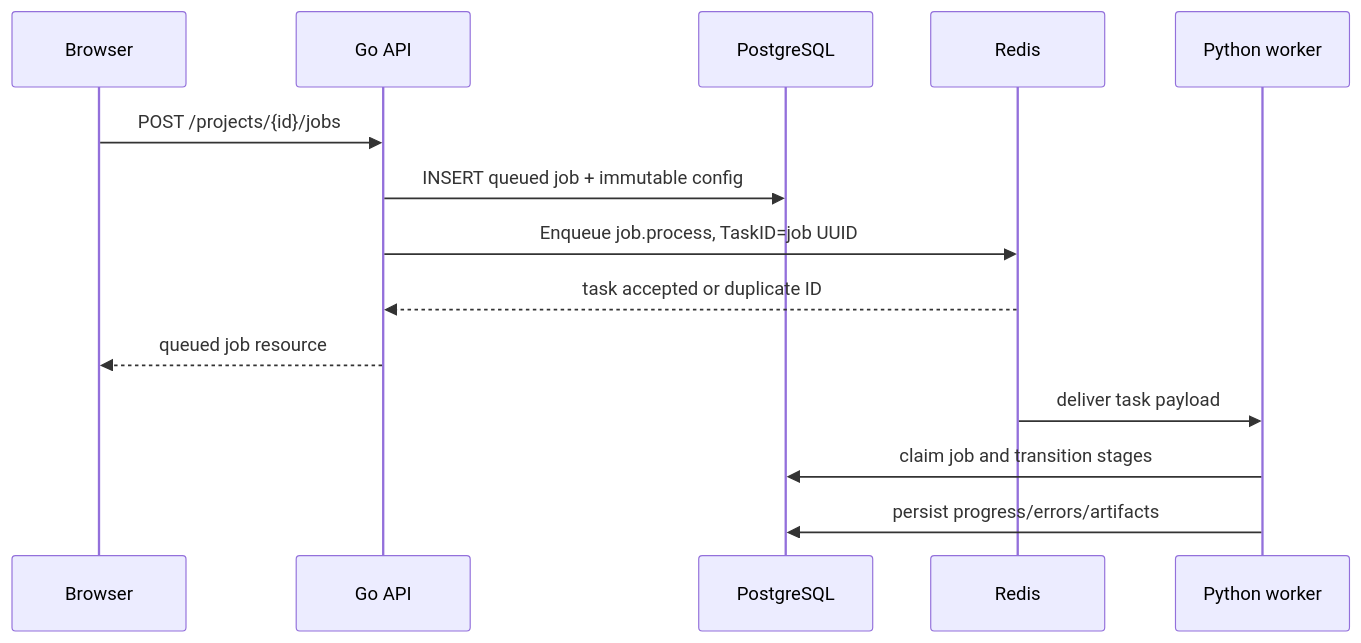
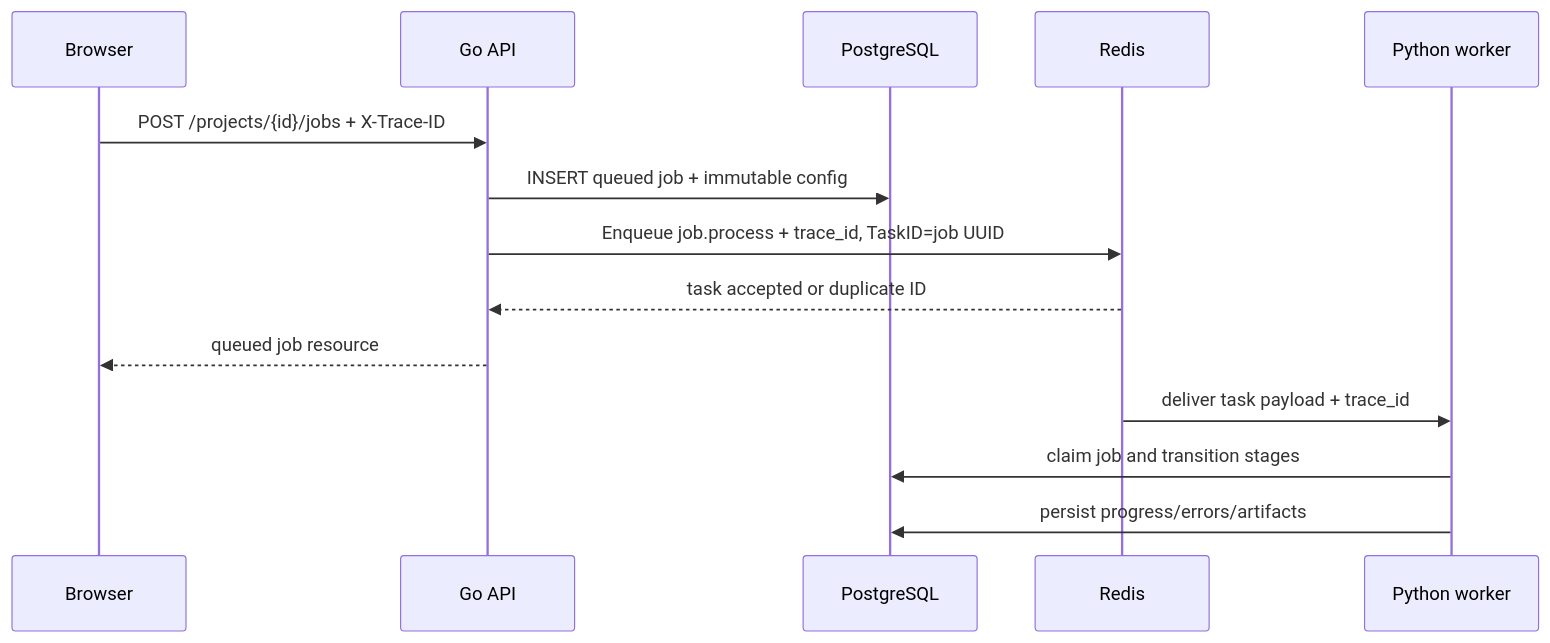
One commit to o0O96O0o/boulder-frame changed the diagram in docs/specs/backend/asynq-task-distribution.md. Above: the diagram before and after it, drawn with Mermaid. The commit also changed other lines of this file and 48 other files, not shown here.

````diff
--- a/docs/specs/backend/asynq-task-distribution.md
+++ b/docs/specs/backend/asynq-task-distribution.md
@@ -7,17 +7,17 @@
 ```mermaid
 sequenceDiagram
     participant Browser
     participant API as Go API
     participant PG as PostgreSQL
     participant Redis
     participant Worker as Python worker
 
-    Browser->>API: POST /projects/{id}/jobs
+    Browser->>API: POST /projects/{id}/jobs + X-Trace-ID
     API->>PG: INSERT queued job + immutable config
-    API->>Redis: Enqueue job.process, TaskID=job UUID
+    API->>Redis: Enqueue job.process + trace_id, TaskID=job UUID
     Redis-->>API: task accepted or duplicate ID
     API-->>Browser: queued job resource
-    Redis->>Worker: deliver task payload
+    Redis->>Worker: deliver task payload + trace_id
     Worker->>PG: claim job and transition stages
     Worker->>PG: persist progress/errors/artifacts
 ```
````
